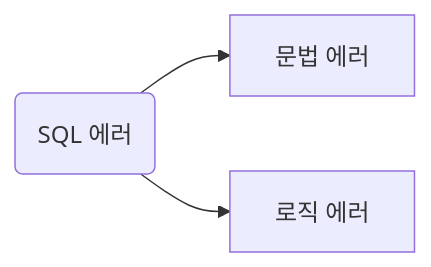
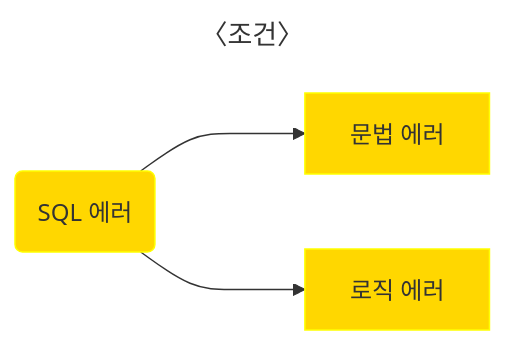
One commit to ethanvolg/ethanvolg.github.io changed the diagram in _posts/SQLinjection/2024-05-30-SQLinjection15.md. Above: the diagram before and after it, drawn with Mermaid. The commit also changed other lines of this file and 28 other files, not shown here.

````diff
--- a/_posts/SQLinjection/2024-05-30-SQLinjection15.md
+++ b/_posts/SQLinjection/2024-05-30-SQLinjection15.md
@@ -59,6 +59,13 @@
 ```mermaid
-graph LR 
-C(SQL 에러)    
-    C --> D[문법 에러]    
-    C --> E[로직 에러]
+---
+title : 〈조건〉
+---
+%%{init: {"flowchart": {"curve":"basis"}}}%%
+flowchart LR 	
+    C(SQL 에러)    
+        C ---> D[문법 에러]   
+        C ---> E[로직 에러]
+classDef default fill:#ffd700,stroke:#ffff00;
+
+
 ```
````
